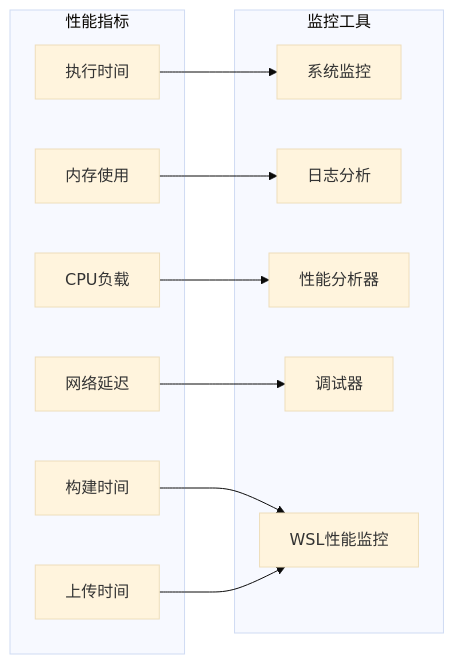
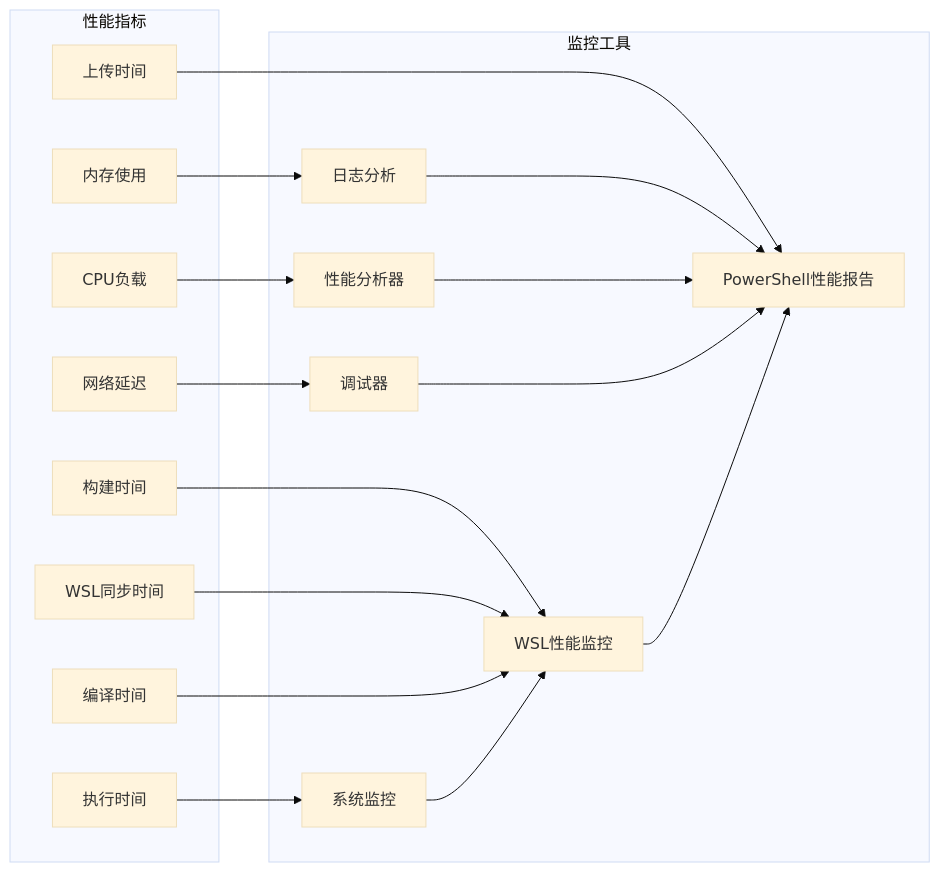
Before and after one commit to DonkeyDrift/Firmware: diagram 17 of 17 in .qoder/repowiki/zh/content/开发工具与配置/Arduino CLI自动化.md, drawn with Mermaid (base theme). The commit also changed other lines of this file and 3 other files, not shown here.

````diff
--- a/.qoder/repowiki/zh/content/开发工具与配置/Arduino CLI自动化.md
+++ b/.qoder/repowiki/zh/content/开发工具与配置/Arduino CLI自动化.md
@@ -752,24 +818,34 @@
 ```mermaid
 graph LR
 subgraph PerformanceMetrics[性能指标]
 A[执行时间]
 B[内存使用]
 C[CPU负载]
 D[网络延迟]
 E[构建时间]
 F[上传时间]
+G[WSL同步时间]
+H[编译时间]
 end
 subgraph MonitoringTools[监控工具]
-G[系统监控]
-H[日志分析]
-I[性能分析器]
-J[调试器]
-K[WSL性能监控]
+I[系统监控]
+J[日志分析]
+K[性能分析器]
+L[调试器]
+M[WSL性能监控]
+N[PowerShell性能报告]
 end
-A --> G
-B --> H
-C --> I
-D --> J
-E --> K
-F --> K
+A --> I
+B --> J
+C --> K
+D --> L
+E --> M
+F --> N
+G --> M
+H --> M
+I --> M
+J --> N
+K --> N
+L --> N
+M --> N
 ```
````
